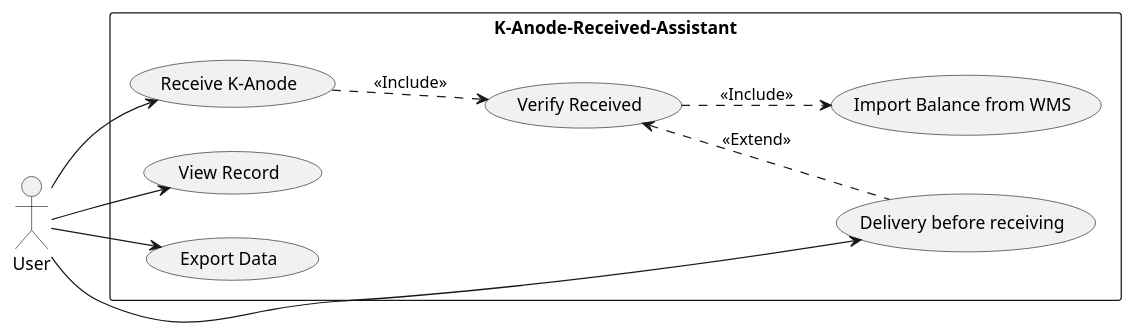
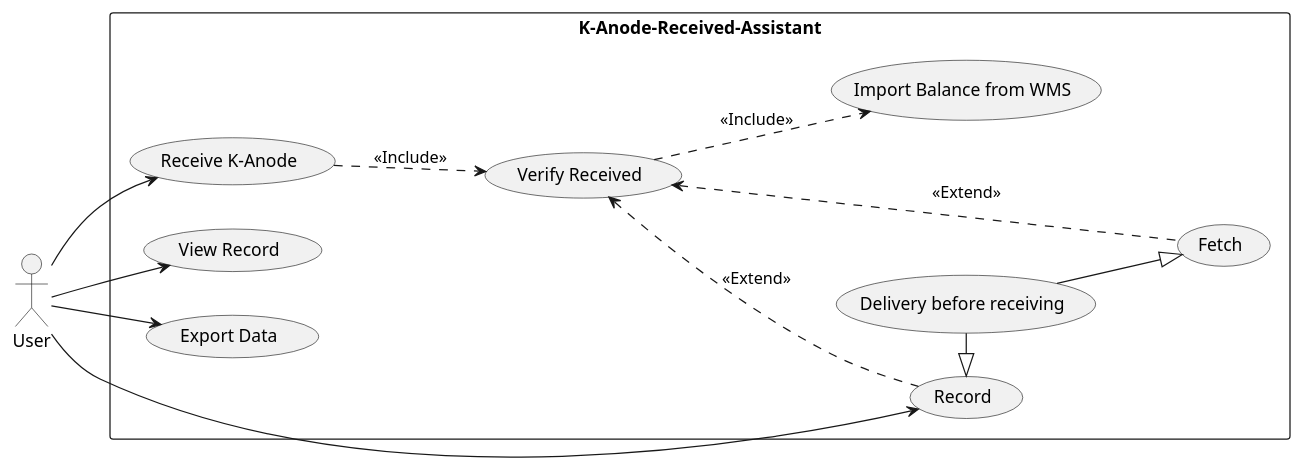
One commit to Shinodari/K-Anode-Received-Assistant-Design changed the diagram in UML/Concept.puml. Above: the diagram before and after it, drawn with PlantUML. The commit also changed 1 other file, not shown here.

Commit message:
usecase:extend delivery before receiving

```diff
--- a/UML/Concept.puml
+++ b/UML/Concept.puml
@@ -1,21 +1,26 @@
 @startuml UseCase
 left to right direction
 rectangle K-Anode-Received-Assistant {
     usecase "Receive K-Anode" as receive
     usecase "Verify Received" as verify
     usecase "Delivery before receiving" as delivery
+    usecase "Record" as record_delivery
+    usecase "Fetch" as view_delivery
     usecase "View Record" as view
     usecase "Export Data" as export
     usecase "Import Balance from WMS" as import
 }
 User --> receive
 
 receive ..> verify : <<Include>>
 verify ..> import : <<Include>>
 
-User --> delivery
-verify <.. delivery : <<Extend>>
+delivery -left-|> record_delivery
+delivery --|> view_delivery
+User --> record_delivery
+verify <.. record_delivery : <<Extend>>
+verify <.. view_delivery : <<Extend>>
 
 User --> view
 User --> export
 @enduml
```
